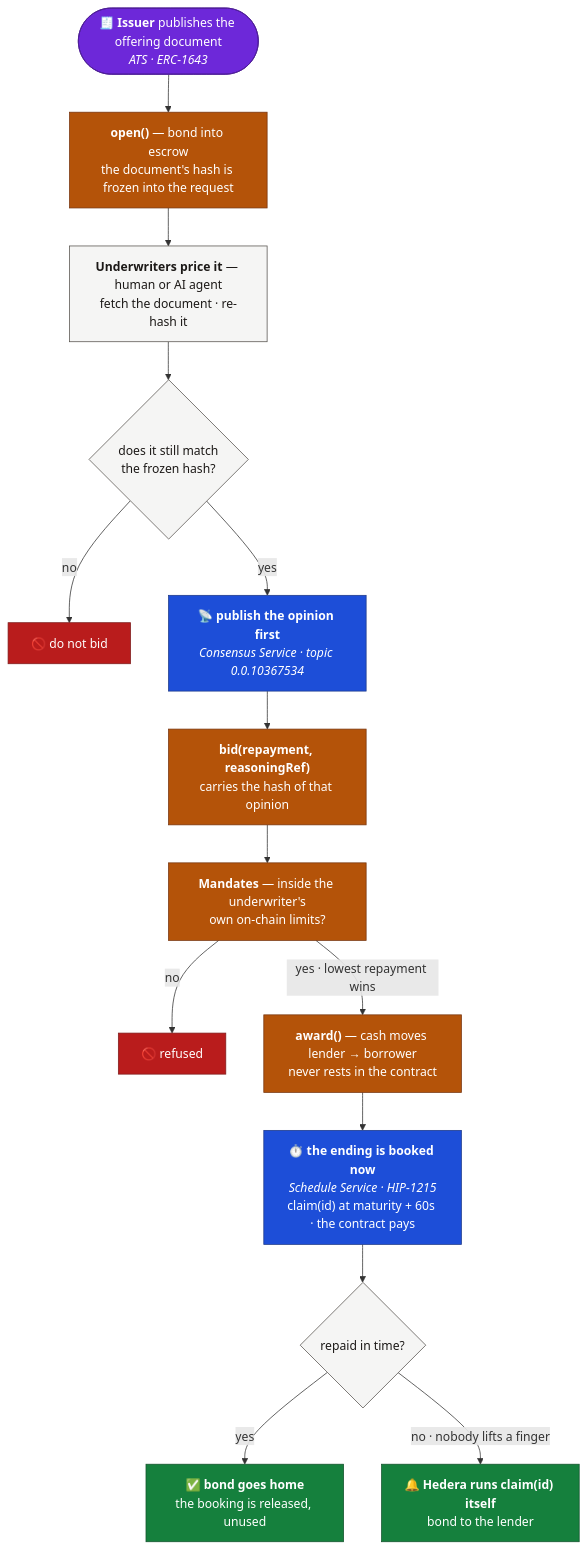
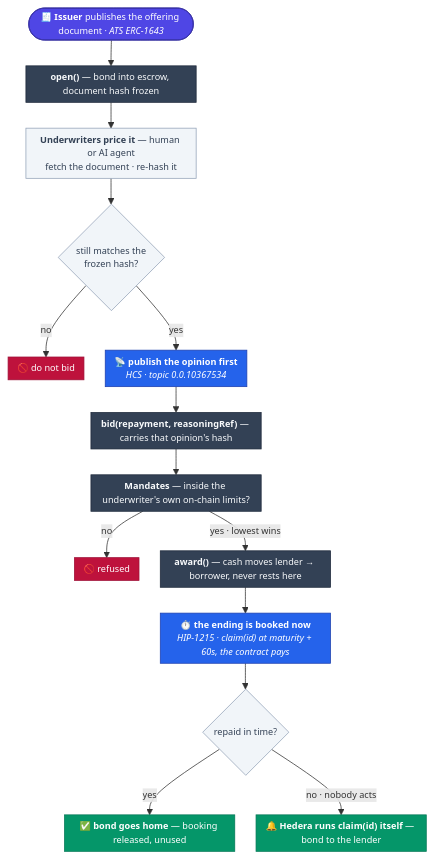
One commit to Madhav-Gupta-28/Rialto changed the first of 2 diagrams in README.md. Above: the diagram before and after it, drawn with Mermaid. The commit also changed other lines of this file, not shown here.

Commit message:
Shrink the diagrams and settle on one palette
The lifecycle diagram was half again taller than it needed to be. Smaller type,
tighter node spacing and less padding take it from 764x2005 to 560x1121 without
dropping a single step.

The colours were fighting each other. Orange contracts against a yellow ground,
next to blue services on a blue ground, is two warring temperatures rather than
a scheme. Everything is now one cool family: slate for our contracts, blue for
Hedera, indigo for Asset Tokenization Studio, emerald and rose for the endings,
pale slate for whoever is acting. The same six colours mean the same six things
in both pictures.

In the architecture, the front end and the agent are down to two lines each
while the contracts and the services carry three, so weight now follows
importance instead of following whichever label happened to be longest. And the
Schedule Service is declared first in its group, because the thick edge back
into the market — the one that says the network settles the loan on its own —
was routing past ATS and looking like it started there.

````diff
--- a/README.md
+++ b/README.md
@@ -48,33 +48,43 @@
 ```mermaid
+---
+config:
+  flowchart:
+    nodeSpacing: 28
+    rankSpacing: 34
+    padding: 6
+    useMaxWidth: true
+  themeVariables:
+    fontSize: 12px
+---
 flowchart TD
-    ISS(["🧾 <b>Issuer</b> publishes the offering document<br/><i>ATS · ERC-1643</i>"]):::ats
+    ISS(["🧾 <b>Issuer</b> publishes the offering document · <i>ATS ERC-1643</i>"]):::ats
     ISS --> OPEN
-    OPEN["<b>open()</b> — bond into escrow<br/>the document's hash is frozen into the request"]:::rialto
+    OPEN["<b>open()</b> — bond into escrow, document hash frozen"]:::rialto
     OPEN --> READ
     READ["<b>Underwriters price it</b> — human or AI agent<br/>fetch the document · re-hash it"]:::actor
     READ --> CHK
-    CHK{"does it still match<br/>the frozen hash?"}:::actor
-    CHK -->|"no"| STOP["🚫 do not bid"]:::bad
-    CHK -->|"yes"| HCS
-    HCS["📡 <b>publish the opinion first</b><br/><i>Consensus Service · topic 0.0.10367534</i>"]:::hedera
+    CHK{"still matches the<br/>frozen hash?"}:::actor
+    CHK -->|no| STOP["🚫 do not bid"]:::bad
+    CHK -->|yes| HCS
+    HCS["📡 <b>publish the opinion first</b><br/><i>HCS · topic 0.0.10367534</i>"]:::hedera
     HCS --> BID
-    BID["<b>bid(repayment, reasoningRef)</b><br/>carries the hash of that opinion"]:::rialto
+    BID["<b>bid(repayment, reasoningRef)</b> — carries that opinion's hash"]:::rialto
     BID --> MAND
-    MAND["<b>Mandates</b> — inside the underwriter's<br/>own on-chain limits?"]:::rialto
-    MAND -->|"no"| REJ["🚫 refused"]:::bad
-    MAND -->|"yes · lowest repayment wins"| AWARD
-    AWARD["<b>award()</b> — cash moves lender → borrower<br/>never rests in the contract"]:::rialto
+    MAND["<b>Mandates</b> — inside the underwriter's own on-chain limits?"]:::rialto
+    MAND -->|no| REJ["🚫 refused"]:::bad
+    MAND -->|"yes · lowest wins"| AWARD
+    AWARD["<b>award()</b> — cash moves lender → borrower, never rests here"]:::rialto
     AWARD --> BOOK
-    BOOK["⏱️ <b>the ending is booked now</b><br/><i>Schedule Service · HIP-1215</i><br/>claim(id) at maturity + 60s · the contract pays"]:::hedera
+    BOOK["⏱️ <b>the ending is booked now</b><br/><i>HIP-1215 · claim(id) at maturity + 60s, the contract pays</i>"]:::hedera
     BOOK --> Q
     Q{"repaid in time?"}:::actor
-    Q -->|"yes"| REPAY["✅ <b>bond goes home</b><br/>the booking is released, unused"]:::good
-    Q -->|"no · nobody lifts a finger"| AUTO["🔔 <b>Hedera runs claim(id) itself</b><br/>bond to the lender"]:::good
+    Q -->|yes| REPAY["✅ <b>bond goes home</b> — booking released, unused"]:::good
+    Q -->|"no · nobody acts"| AUTO["🔔 <b>Hedera runs claim(id) itself</b> — bond to the lender"]:::good
 
-    classDef rialto fill:#B45309,stroke:#78350F,color:#FFFFFF
-    classDef hedera fill:#1D4ED8,stroke:#1E3A8A,color:#FFFFFF
-    classDef ats fill:#6D28D9,stroke:#4C1D95,color:#FFFFFF
-    classDef good fill:#15803D,stroke:#14532D,color:#FFFFFF
-    classDef bad fill:#B91C1C,stroke:#7F1D1D,color:#FFFFFF
-    classDef actor fill:#F5F5F4,stroke:#57534E,color:#1C1917
+    classDef rialto fill:#334155,stroke:#1E293B,color:#F8FAFC
+    classDef hedera fill:#2563EB,stroke:#1E40AF,color:#FFFFFF
+    classDef ats fill:#4F46E5,stroke:#3730A3,color:#FFFFFF
+    classDef good fill:#059669,stroke:#047857,color:#FFFFFF
+    classDef bad fill:#BE123C,stroke:#9F1239,color:#FFFFFF
+    classDef actor fill:#F1F5F9,stroke:#94A3B8,color:#334155
 ```
````
